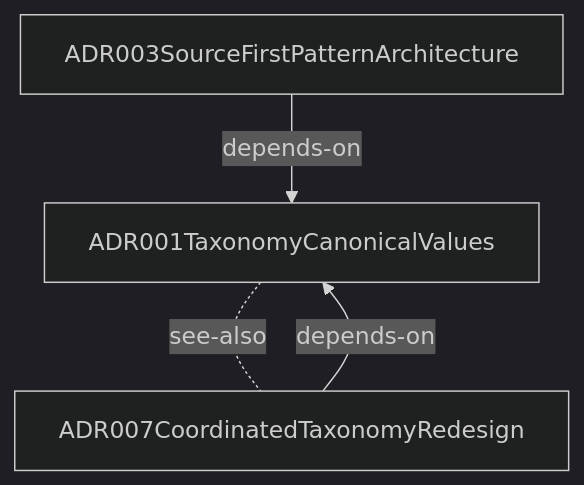
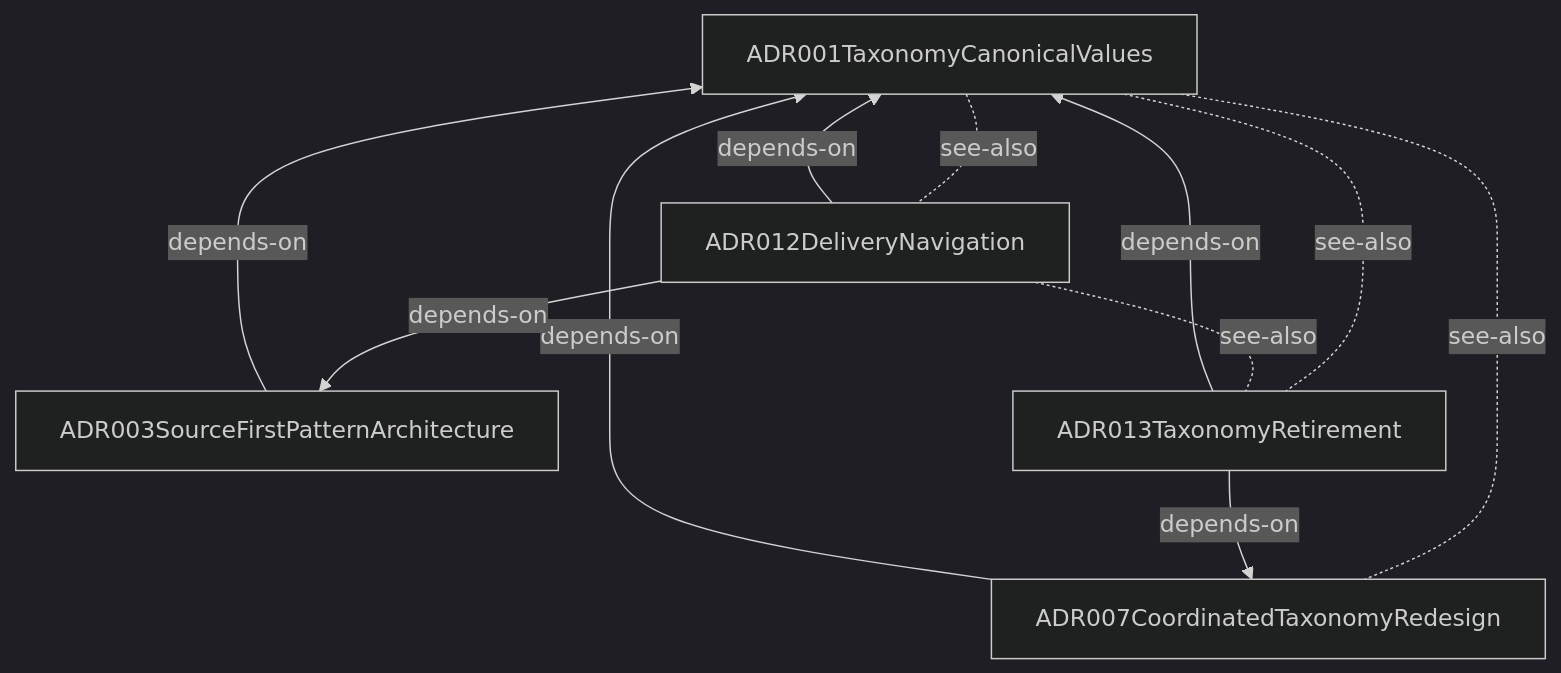
The fifth of 6 diagrams in docs-live/architecture/by-theme.md (libar-dev/architect), drawn with Mermaid (dark theme) before and after one commit. The commit also changed other lines of this file and 240 other files, not shown here.

````diff
--- a/docs-live/architecture/by-theme.md
+++ b/docs-live/architecture/by-theme.md
@@ -54,9 +64,18 @@
 ```mermaid
 graph TD
   adr001taxonomycanonicalvalues["ADR001TaxonomyCanonicalValues"]
   adr003sourcefirstpatternarchitecture["ADR003SourceFirstPatternArchitecture"]
   adr007coordinatedtaxonomyredesign["ADR007CoordinatedTaxonomyRedesign"]
+  adr012deliverynavigation["ADR012DeliveryNavigation"]
+  adr013taxonomyretirement["ADR013TaxonomyRetirement"]
   adr001taxonomycanonicalvalues -. see-also .- adr007coordinatedtaxonomyredesign
+  adr001taxonomycanonicalvalues -. see-also .- adr012deliverynavigation
+  adr001taxonomycanonicalvalues -. see-also .- adr013taxonomyretirement
   adr003sourcefirstpatternarchitecture -->|depends-on| adr001taxonomycanonicalvalues
   adr007coordinatedtaxonomyredesign -->|depends-on| adr001taxonomycanonicalvalues
+  adr012deliverynavigation -->|depends-on| adr001taxonomycanonicalvalues
+  adr012deliverynavigation -->|depends-on| adr003sourcefirstpatternarchitecture
+  adr012deliverynavigation -. see-also .- adr013taxonomyretirement
+  adr013taxonomyretirement -->|depends-on| adr001taxonomycanonicalvalues
+  adr013taxonomyretirement -->|depends-on| adr007coordinatedtaxonomyredesign
 ```
````
